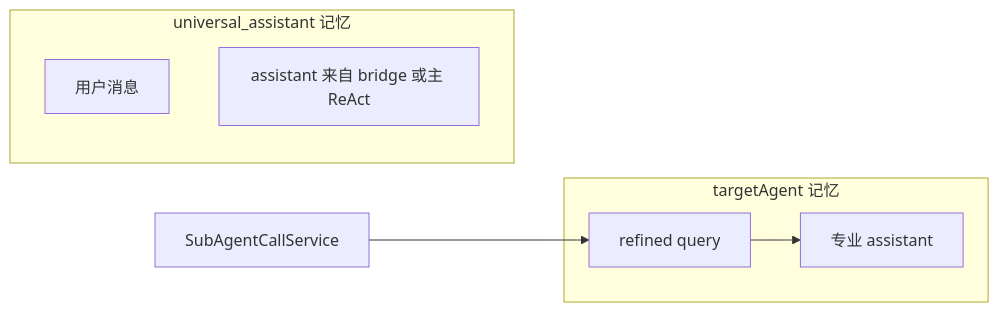
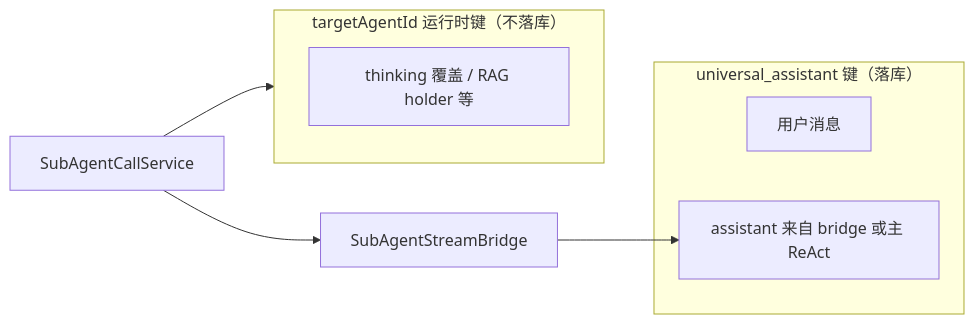
The third of 3 diagrams in 平台/通用助手/子智能体调用与记忆.md (j2agent-ai/j2agent-docs), drawn with Mermaid before and after one commit. The commit also changed other lines of this file and 2 other files, not shown here.

````diff
--- a/平台/通用助手/子智能体调用与记忆.md
+++ b/平台/通用助手/子智能体调用与记忆.md
@@ -83,12 +86,13 @@
 ```mermaid
 flowchart LR
-  subgraph universalMem ["universal_assistant 记忆"]
+  subgraph universalMem ["universal_assistant 键（落库）"]
     U1[用户消息]
     U2[assistant 来自 bridge 或主 ReAct]
   end
-  subgraph specialistMem ["targetAgent 记忆"]
-    S1[refined query]
-    S2[专业 assistant]
+  subgraph specialistRuntime ["targetAgentId 运行时键（不落库）"]
+    R[thinking 覆盖 / RAG holder 等]
   end
-  Call[SubAgentCallService] --> S1 --> S2
+  Call[SubAgentCallService] --> specialistRuntime
+  Call --> Bridge[SubAgentStreamBridge]
+  Bridge --> U2
 ```
````
